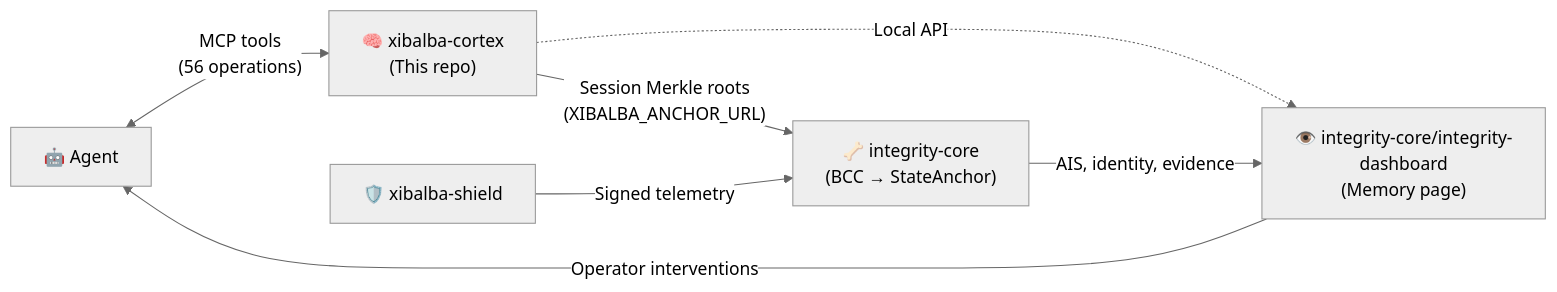
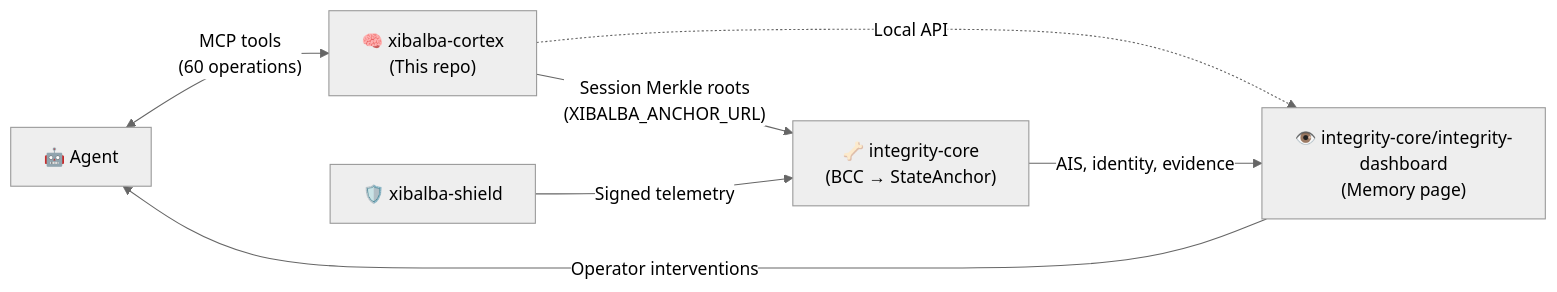
One commit to XibalbaTechSol/xibalba-cortex changed the second of 2 diagrams in README.md. Above: the diagram before and after it, drawn with Mermaid (neutral theme). The commit also changed other lines of this file and 69 other files, not shown here.

````diff
--- a/README.md
+++ b/README.md
@@ -241,9 +282,9 @@
 ```mermaid
 flowchart LR
-    Agent["🤖 Agent"] <-->|"MCP tools<br/>(56 operations)"| Brain["🧠 xibalba-cortex<br/>(This repo)"]
+    Agent["🤖 Agent"] <-->|"MCP tools<br/>(60 operations)"| Brain["🧠 xibalba-cortex<br/>(This repo)"]
     Brain -->|"Session Merkle roots<br/>(XIBALBA_ANCHOR_URL)"| Backbone["🦴 integrity-core<br/>(BCC → StateAnchor)"]
     Brain -.->|"Local API"| Eyes["👁️ integrity-core/integrity-dashboard<br/>(Memory page)"]
     Immune["🛡️ xibalba-shield"] -->|"Signed telemetry"| Backbone
     Backbone -->|"AIS, identity, evidence"| Eyes
     Eyes -->|"Operator interventions"| Agent
 ```
````
